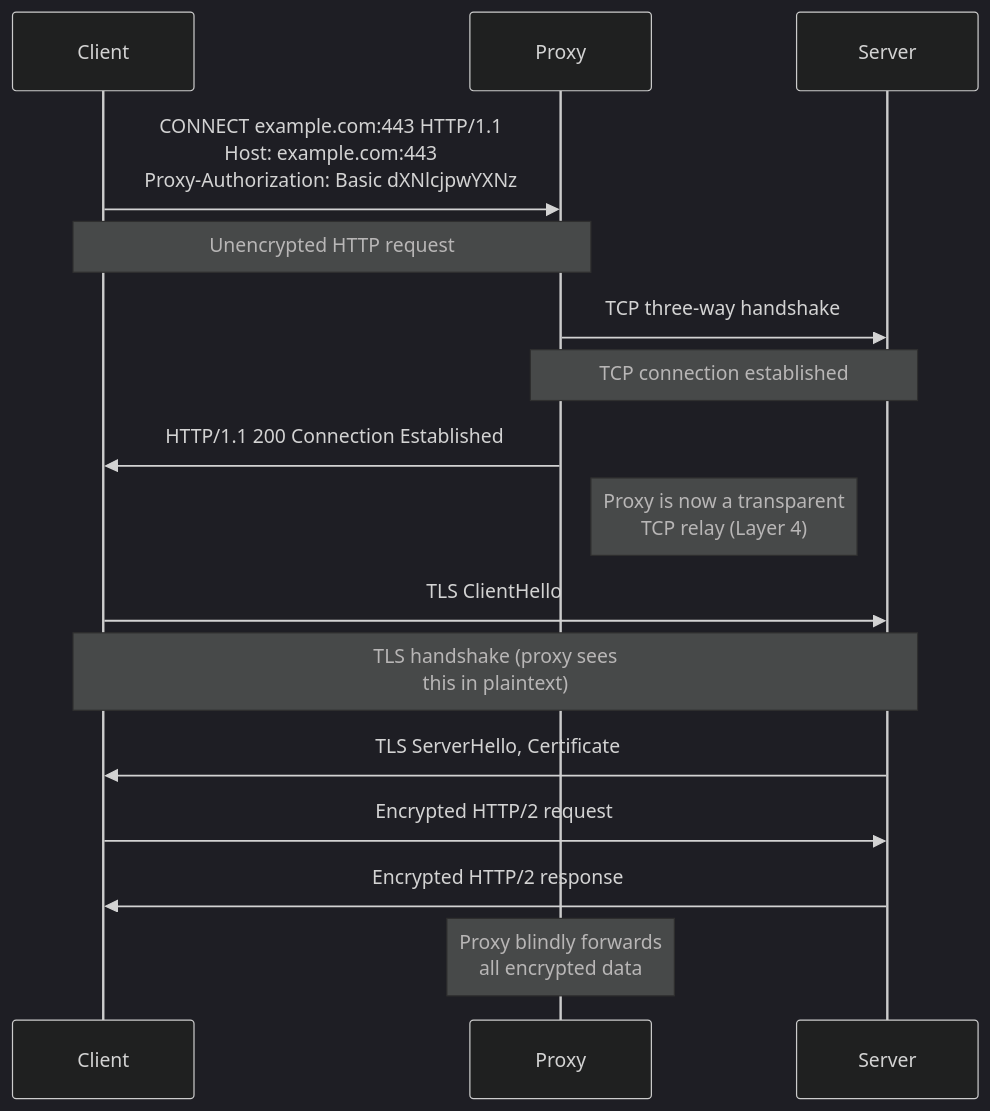
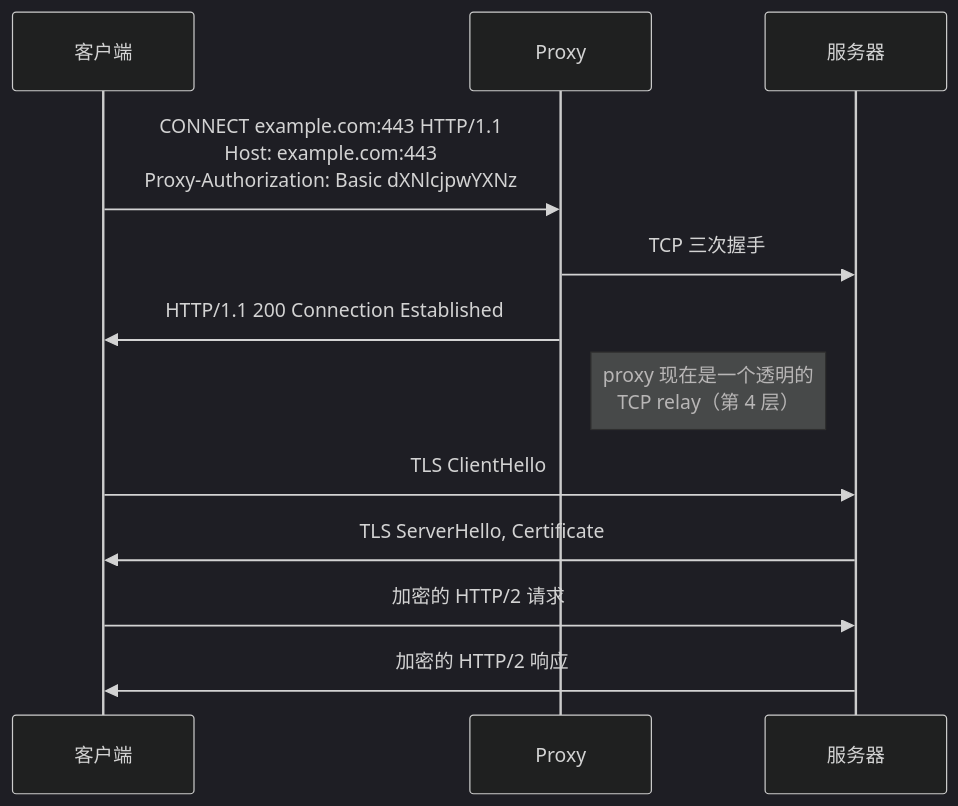
One commit to autoscrape-labs/pydoll changed the second of 2 diagrams in docs/zh/deep-dive/network/http-proxies.md. Above: the diagram before and after it, drawn with Mermaid (dark theme). The commit also changed other lines of this file and 241 other files, not shown here.

````diff
--- a/docs/zh/deep-dive/network/http-proxies.md
+++ b/docs/zh/deep-dive/network/http-proxies.md
@@ -71,25 +58,15 @@
 ```mermaid
 sequenceDiagram
-    participant Client
-    participant Proxy
-    participant Server
+    participant Client as 客户端
+    participant Proxy as Proxy
+    participant Server as 服务器
 
     Client->>Proxy: CONNECT example.com:443 HTTP/1.1<br/>Host: example.com:443<br/>Proxy-Authorization: Basic dXNlcjpwYXNz
-    Note over Client,Proxy: Unencrypted HTTP request
-
-    Proxy->>Server: TCP three-way handshake
-    Note over Proxy,Server: TCP connection established
-
+    Proxy->>Server: TCP 三次握手
     Proxy->>Client: HTTP/1.1 200 Connection Established
-
-    Note right of Proxy: Proxy is now a transparent<br/>TCP relay (Layer 4)
-
+    Note right of Proxy: proxy 现在是一个透明的<br/>TCP relay（第 4 层）
     Client->>Server: TLS ClientHello
-    Note over Client,Server: TLS handshake (proxy sees<br/>this in plaintext)
     Server->>Client: TLS ServerHello, Certificate
-
-    Client->>Server: Encrypted HTTP/2 request
-    Server->>Client: Encrypted HTTP/2 response
-
-    Note over Proxy: Proxy blindly forwards<br/>all encrypted data
+    Client->>Server: 加密的 HTTP/2 请求
+    Server->>Client: 加密的 HTTP/2 响应
 ```
````
